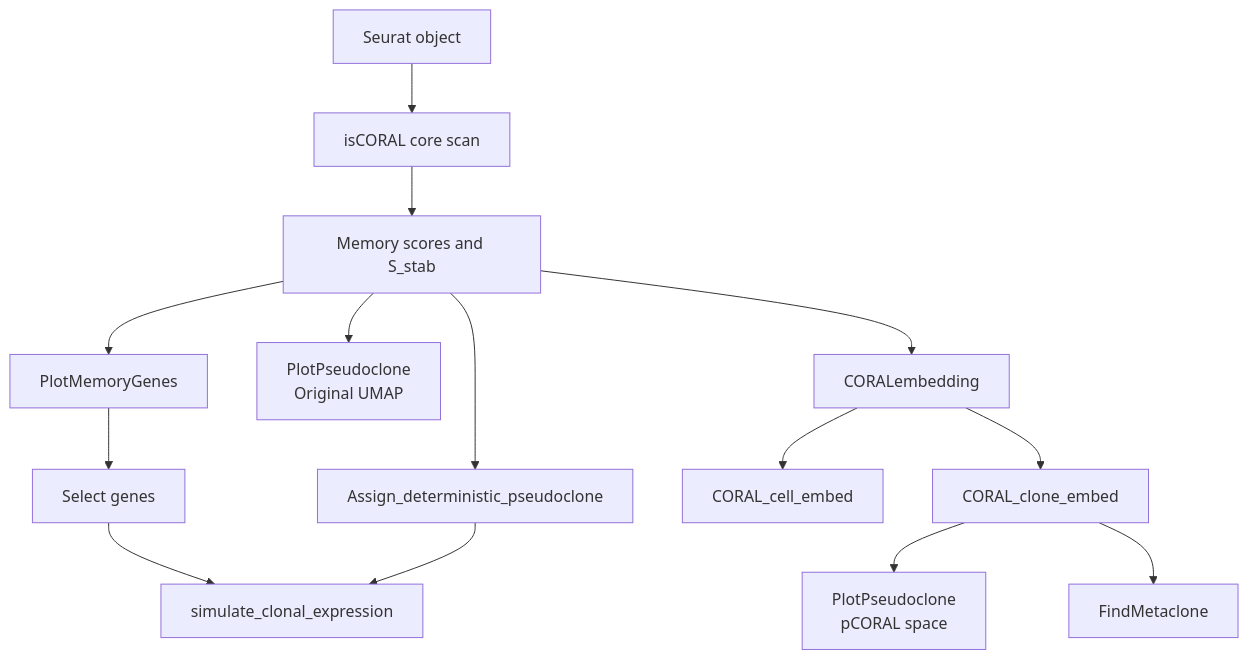
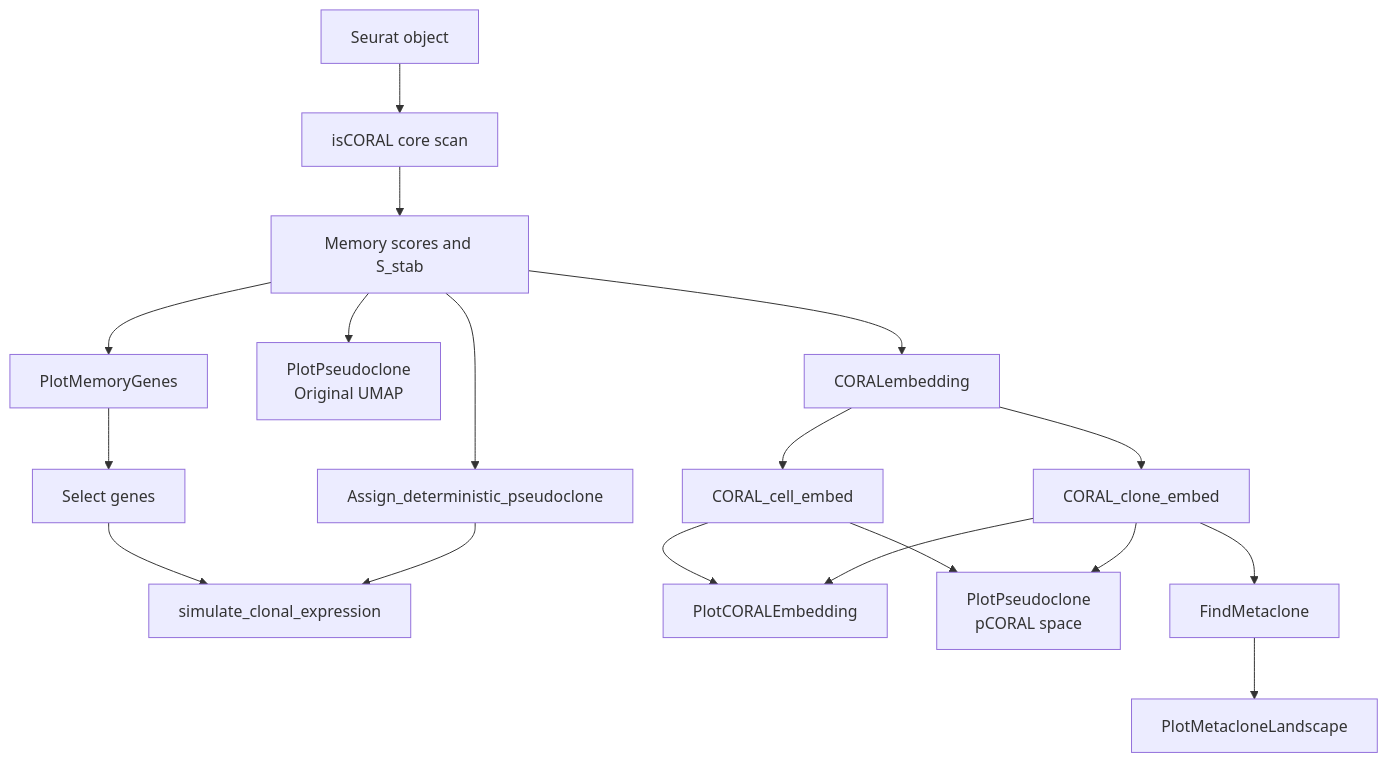
One commit to YongjieLin1998/isCORAL_beta changed the diagram in README.md. Above: the diagram before and after it, drawn with Mermaid. The commit also changed other lines of this file, not shown here.

````diff
--- a/README.md
+++ b/README.md
@@ -44,16 +36,20 @@
 ```mermaid
 flowchart TD
     A[Seurat object] --> B[isCORAL core scan]
     B --> C[Memory scores and S_stab]
     C --> D[PlotMemoryGenes]
     D --> E[Select genes]
     C --> F[Assign_deterministic_pseudoclone]
     E --> G[simulate_clonal_expression]
     F --> G
     C --> H[PlotPseudoclone<br/>Original UMAP]
     C --> I[CORALembedding]
     I --> J[CORAL_cell_embed]
     I --> K[CORAL_clone_embed]
+    J --> O[PlotCORALEmbedding]
+    K --> O
+    J --> L[PlotPseudoclone<br/>pCORAL space]
     K --> L[PlotPseudoclone<br/>pCORAL space]
     K --> M[FindMetaclone]
+    M --> N[PlotMetacloneLandscape]
 ```
````
